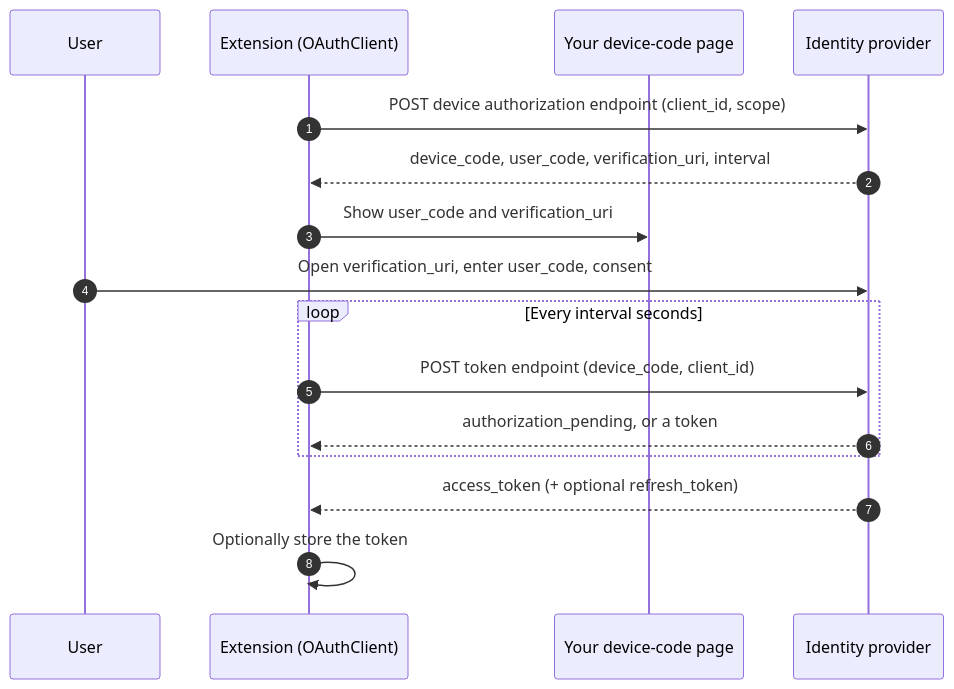
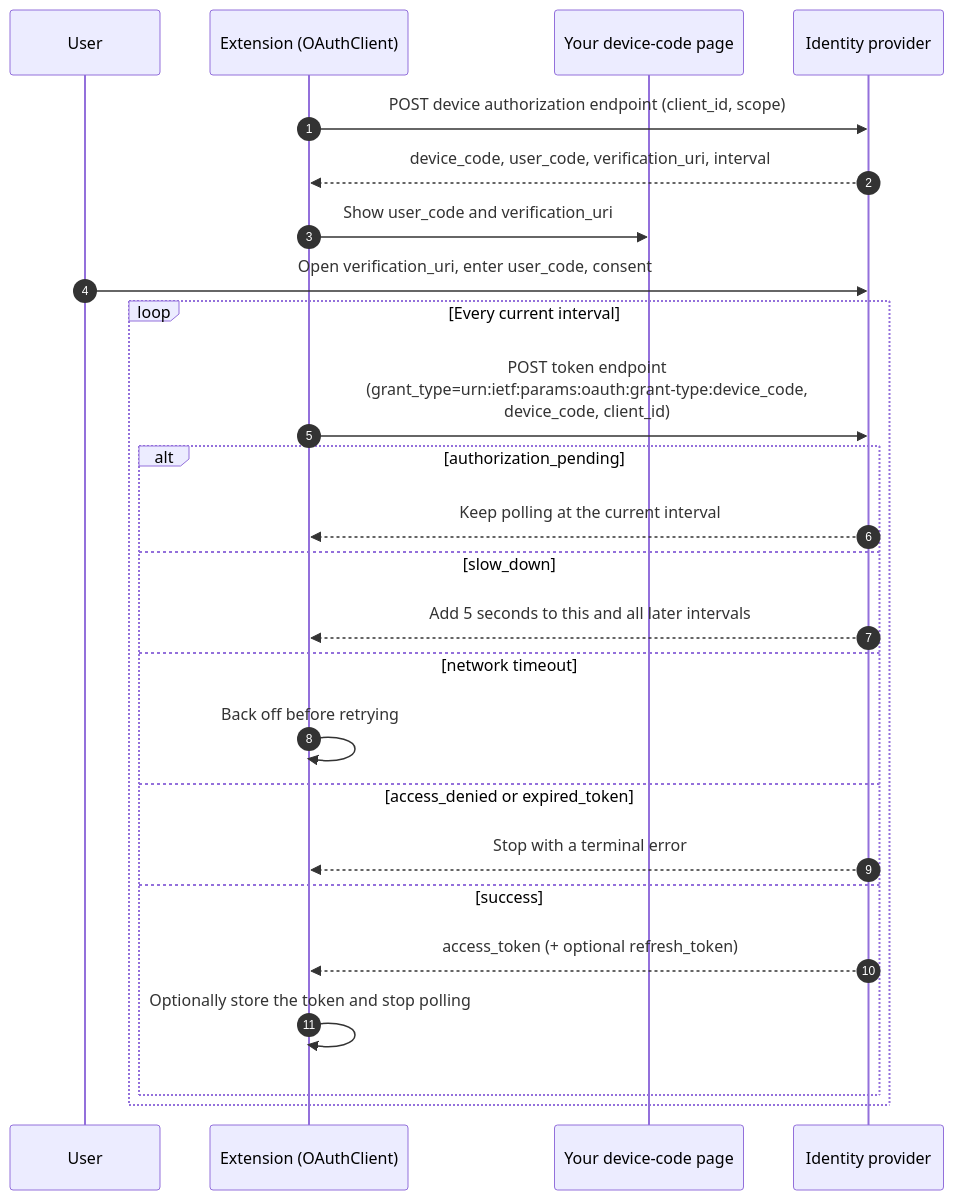
The second of 2 diagrams in src/modules/cmdpal/doc/specs/auth/index.md (MuyuanMS/PowerToys), drawn with Mermaid before and after one commit. The commit also changed other lines of this file, not shown here.

First line of the commit message:
Address OAuth spec protocol review

````diff
--- a/src/modules/cmdpal/doc/specs/auth/index.md
+++ b/src/modules/cmdpal/doc/specs/auth/index.md
@@ -160,19 +164,28 @@
 ```mermaid
 sequenceDiagram
     autonumber
     participant User as User
     participant Ext as Extension (OAuthClient)
     participant Page as Your device-code page
     participant Idp as Identity provider
 
     Ext->>Idp: POST device authorization endpoint (client_id, scope)
     Idp-->>Ext: device_code, user_code, verification_uri, interval
     Ext->>Page: Show user_code and verification_uri
     User->>Idp: Open verification_uri, enter user_code, consent
-    loop Every interval seconds
-        Ext->>Idp: POST token endpoint (device_code, client_id)
-        Idp-->>Ext: authorization_pending, or a token
+    loop Every current interval
+        Ext->>Idp: POST token endpoint<br/>(grant_type=urn:ietf:params:oauth:grant-type:device_code,<br/>device_code, client_id)
+        alt authorization_pending
+            Idp-->>Ext: Keep polling at the current interval
+        else slow_down
+            Idp-->>Ext: Add 5 seconds to this and all later intervals
+        else network timeout
+            Ext->>Ext: Back off before retrying
+        else access_denied or expired_token
+            Idp-->>Ext: Stop with a terminal error
+        else success
+            Idp-->>Ext: access_token (+ optional refresh_token)
+            Ext->>Ext: Optionally store the token and stop polling
+        end
     end
-    Idp-->>Ext: access_token (+ optional refresh_token)
-    Ext->>Ext: Optionally store the token
 ```
````
